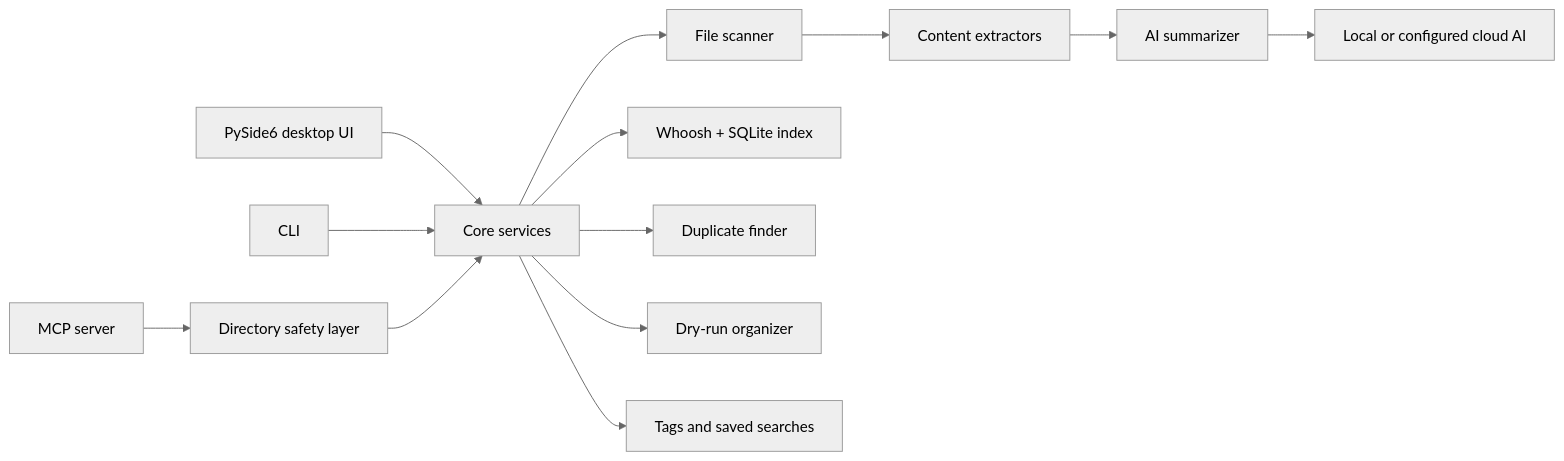
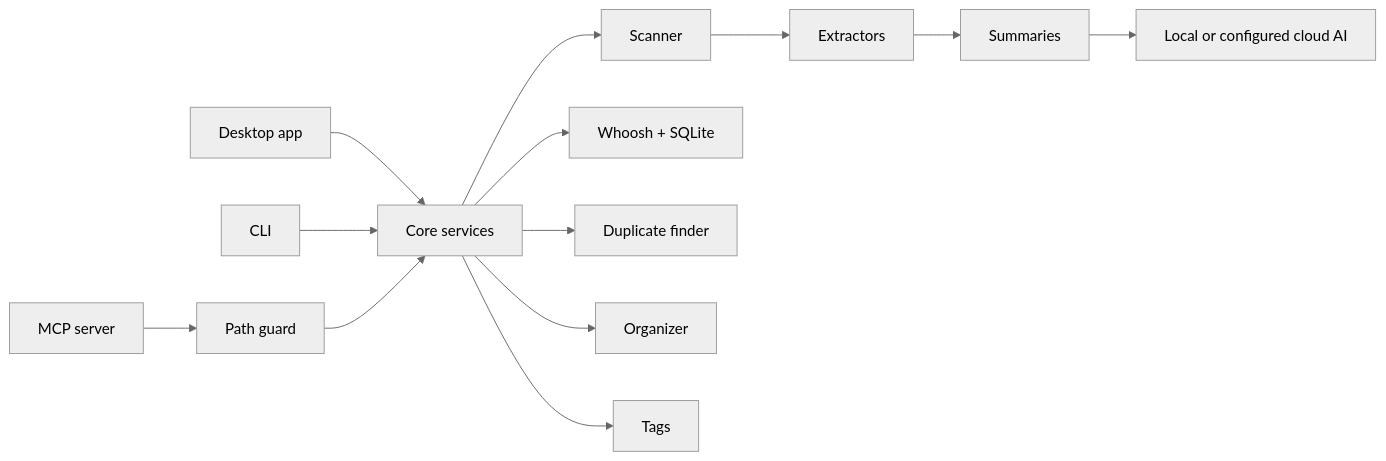
One commit to cuiheng511/filepilot-ai changed the diagram in README.md. Above: the diagram before and after it, drawn with Mermaid (neutral theme). The commit also changed other lines of this file and 18 other files, not shown here.

````diff
--- a/README.md
+++ b/README.md
@@ -155,15 +180,15 @@
 ```mermaid
 flowchart LR
-    UI["PySide6 desktop UI"] --> Core["Core services"]
+    Desktop["Desktop app"] --> Core["Core services"]
     CLI["CLI"] --> Core
-    MCP["MCP server"] --> Guard["Directory safety layer"]
+    MCP["MCP server"] --> Guard["Path guard"]
     Guard --> Core
-    Core --> Scanner["File scanner"]
-    Core --> Indexer["Whoosh + SQLite index"]
+    Core --> Scanner["Scanner"]
+    Core --> Indexer["Whoosh + SQLite"]
     Core --> Duplicates["Duplicate finder"]
-    Core --> Organizer["Dry-run organizer"]
-    Core --> Tags["Tags and saved searches"]
-    Scanner --> Extractors["Content extractors"]
-    Extractors --> Summarizer["AI summarizer"]
-    Summarizer --> Providers["Local or configured cloud AI"]
+    Core --> Organizer["Organizer"]
+    Core --> Tags["Tags"]
+    Scanner --> Extractors["Extractors"]
+    Extractors --> Summary["Summaries"]
+    Summary --> Providers["Local or configured cloud AI"]
 ```
````
